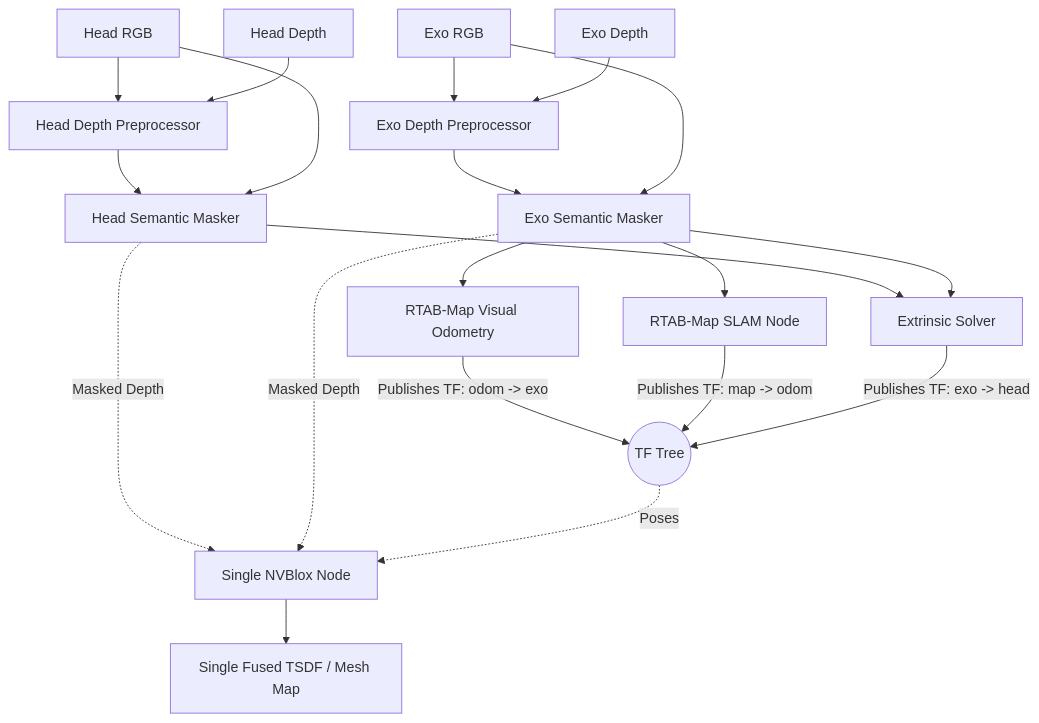
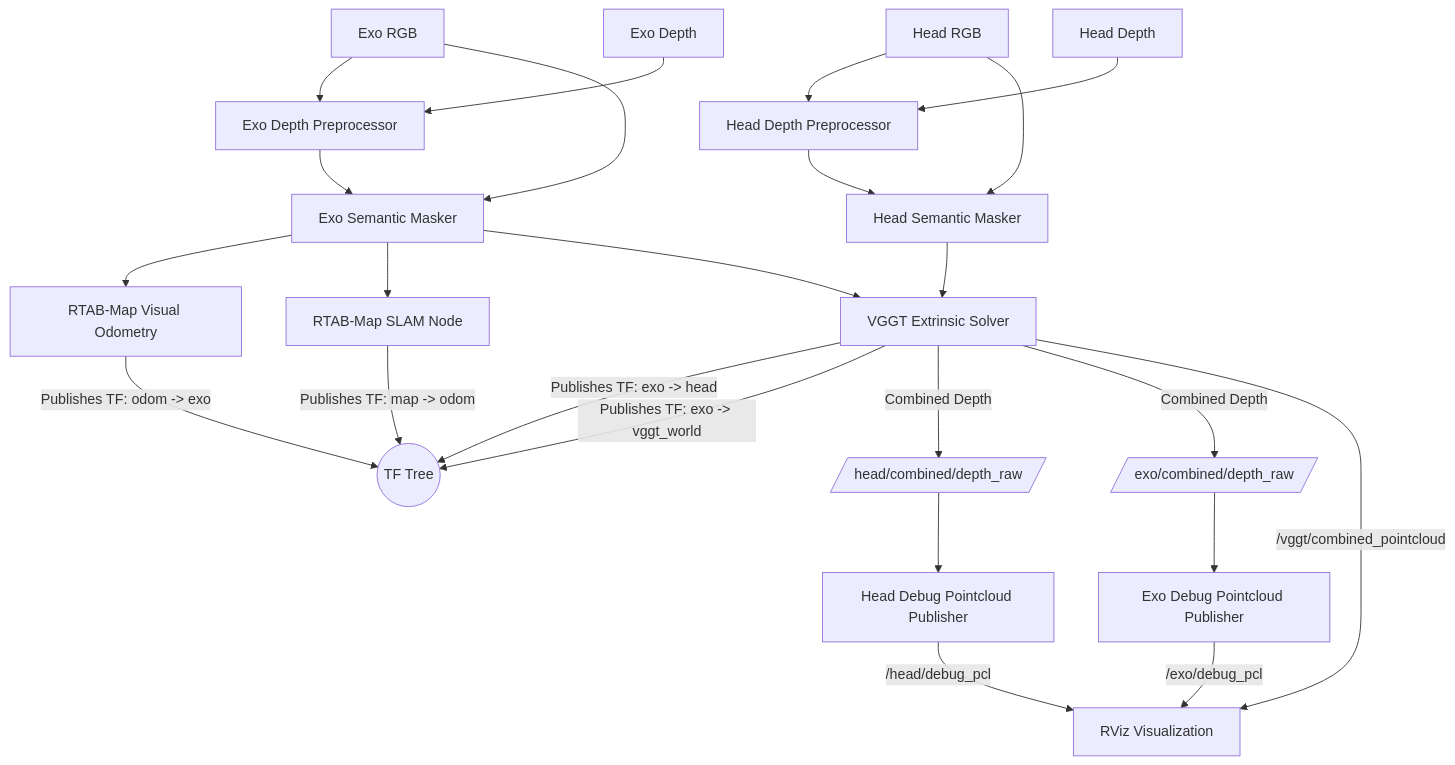
One commit to davidebaggio/MARS-Exo changed the diagram in pipeline.md. Above: the diagram before and after it, drawn with Mermaid. The commit also changed other lines of this file and 8 other files, not shown here.

````diff
--- a/pipeline.md
+++ b/pipeline.md
@@ -18,32 +18,38 @@
 ```mermaid
 flowchart TD
     %% Inputs
     A1[Head RGB] --> B1[Head Depth Preprocessor]
     A2[Head Depth] --> B1
     A3[Exo RGB] --> B2[Exo Depth Preprocessor]
     A4[Exo Depth] --> B2
 
     %% Masking
     B1 --> C1[Head Semantic Masker]
     A1 --> C1
     B2 --> C2[Exo Semantic Masker]
     A3 --> C2
 
     %% Tracking & Extrinsics
     C2 --> D_ODO[RTAB-Map Visual Odometry]
     D_ODO --> |Publishes TF: odom -> exo| TF_TREE((TF Tree))
     
     C2 --> D_SLAM[RTAB-Map SLAM Node]
     D_SLAM --> |Publishes TF: map -> odom| TF_TREE
     
-    C1 --> F[Extrinsic Solver]
+    C1 --> F[VGGT Extrinsic Solver]
     C2 --> F
     F --> |Publishes TF: exo -> head| TF_TREE
-
-    %% Fusion
-    C1 -. Masked Depth .-> N[Single NVBlox Node]
-    C2 -. Masked Depth .-> N
-    TF_TREE -. Poses .-> N
+    F --> |Publishes TF: exo -> vggt_world| TF_TREE
     
-    N --> J[Single Fused TSDF / Mesh Map]
+    %% Depth combination
+    F --> |Combined Depth| H_COMB[/head/combined/depth_raw/]
+    F --> |Combined Depth| E_COMB[/exo/combined/depth_raw/]
+    
+    %% Debug Point Clouds
+    H_COMB --> P1[Head Debug Pointcloud Publisher]
+    E_COMB --> P2[Exo Debug Pointcloud Publisher]
+    
+    P1 --> |/head/debug_pcl| RV[RViz Visualization]
+    P2 --> |/exo/debug_pcl| RV
+    F --> |/vggt/combined_pointcloud| RV
 ```
````
